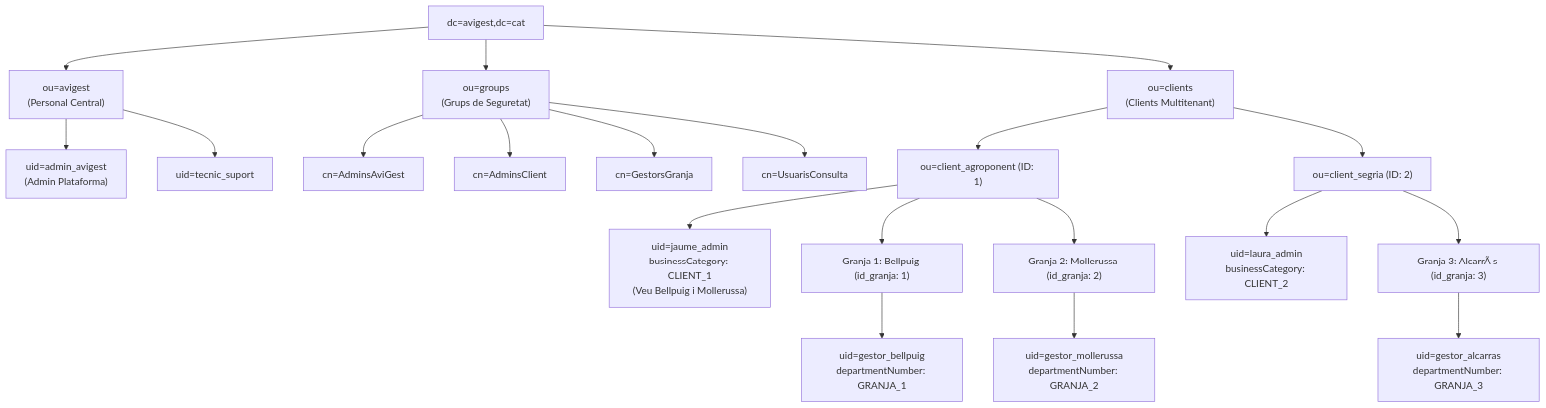
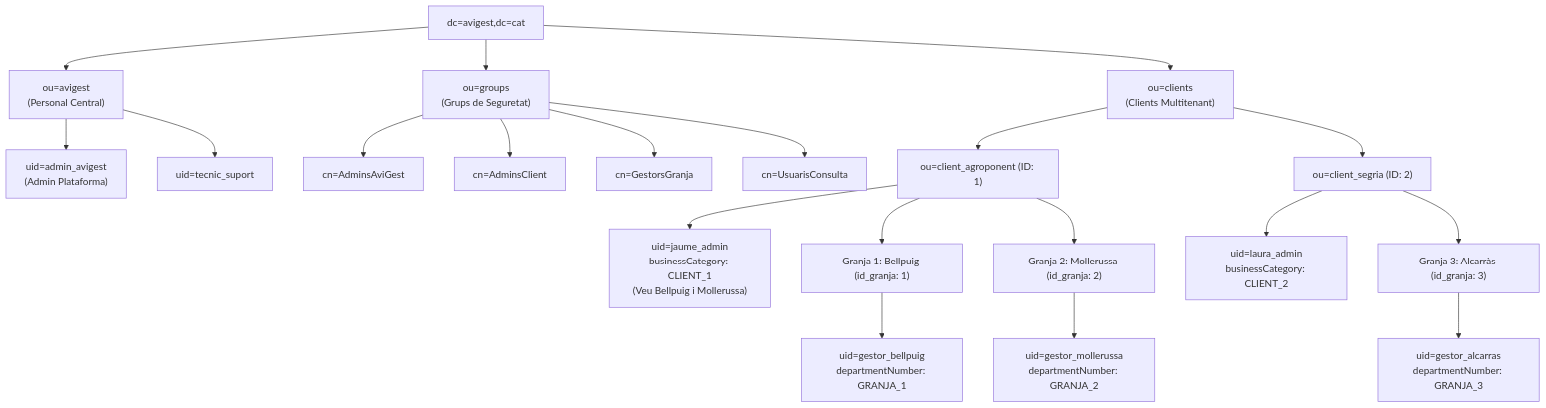
One commit to JoanGarcia25/avigest-projecte changed the second of 4 diagrams in docs/E2_disseny_tecnic/E2_document_disseny_tecnic.md. Above: the diagram before and after it, drawn with Mermaid. The commit also changed other lines of this file and 6 other files, not shown here.

````diff
--- a/docs/E2_disseny_tecnic/E2_document_disseny_tecnic.md
+++ b/docs/E2_disseny_tecnic/E2_document_disseny_tecnic.md
@@ -251,51 +239,51 @@
 ```mermaid
 graph TD
     Root["dc=avigest,dc=cat"]
     
     OU_AviGest["ou=avigest<br/>(Personal Central)"]
     OU_Groups["ou=groups<br/>(Grups de Seguretat)"]
     OU_Clients["ou=clients<br/>(Clients Multitenant)"]
     
     Root --> OU_AviGest
     Root --> OU_Groups
     Root --> OU_Clients
     
     User_Admin["uid=admin_avigest<br/>(Admin Plataforma)"]
     User_Suport["uid=tecnic_suport"]
     OU_AviGest --> User_Admin
     OU_AviGest --> User_Suport
     
     Grp_Admins["cn=AdminsAviGest"]
     Grp_Clients["cn=AdminsClient"]
     Grp_Gestors["cn=GestorsGranja"]
     Grp_Consulta["cn=UsuarisConsulta"]
     OU_Groups --> Grp_Admins
     OU_Groups --> Grp_Clients
     OU_Groups --> Grp_Gestors
     OU_Groups --> Grp_Consulta
     
     OU_Client1["ou=client_agroponent (ID: 1)"]
     OU_Client2["ou=client_segria (ID: 2)"]
     OU_Clients --> OU_Client1
     OU_Clients --> OU_Client2
     
     User_C1_Admin["uid=jaume_admin<br/>businessCategory: CLIENT_1<br/>(Veu Bellpuig i Mollerussa)"]
     OU_Client1 --> User_C1_Admin
     
     OU_G1["Granja 1: Bellpuig (id_granja: 1)"]
     OU_G2["Granja 2: Mollerussa (id_granja: 2)"]
     OU_Client1 --> OU_G1
     OU_Client1 --> OU_G2
     
     User_G1["uid=gestor_bellpuig<br/>departmentNumber: GRANJA_1"]
     User_G2["uid=gestor_mollerussa<br/>departmentNumber: GRANJA_2"]
     OU_G1 --> User_G1
     OU_G2 --> User_G2
 
     User_C2_Admin["uid=laura_admin<br/>businessCategory: CLIENT_2"]
     OU_Client2 --> User_C2_Admin
-    OU_G3["Granja 3: AlcarrÃ s (id_granja: 3)"]
+    OU_G3["Granja 3: Alcarràs (id_granja: 3)"]
     OU_Client2 --> OU_G3
     User_G3["uid=gestor_alcarras<br/>departmentNumber: GRANJA_3"]
     OU_G3 --> User_G3
 ```
````
